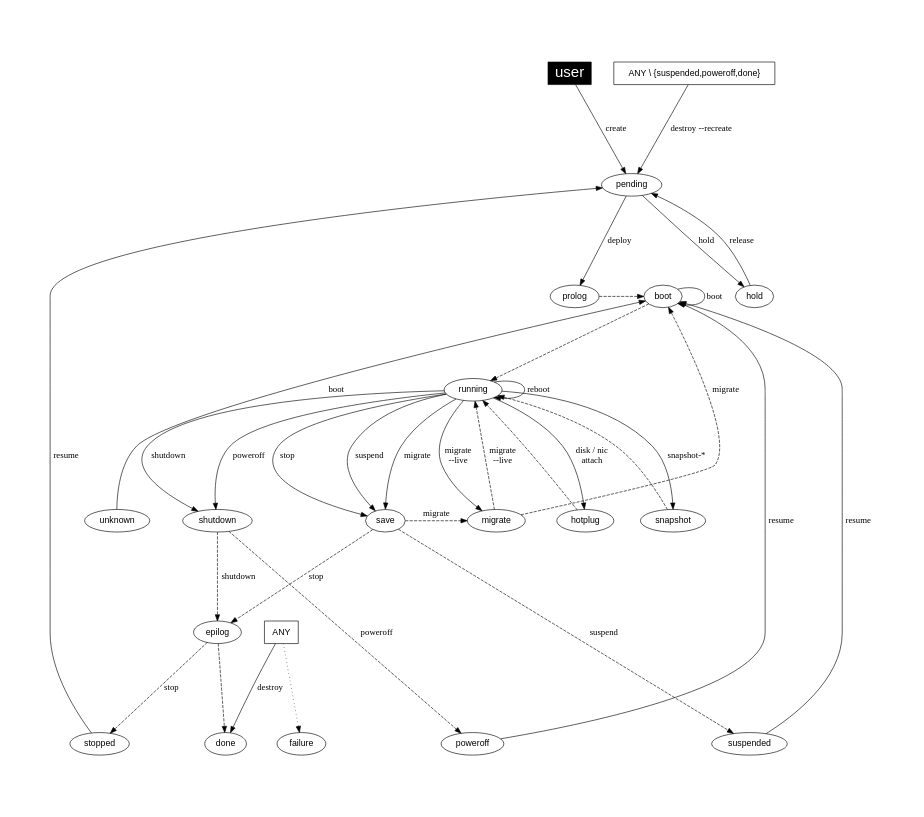
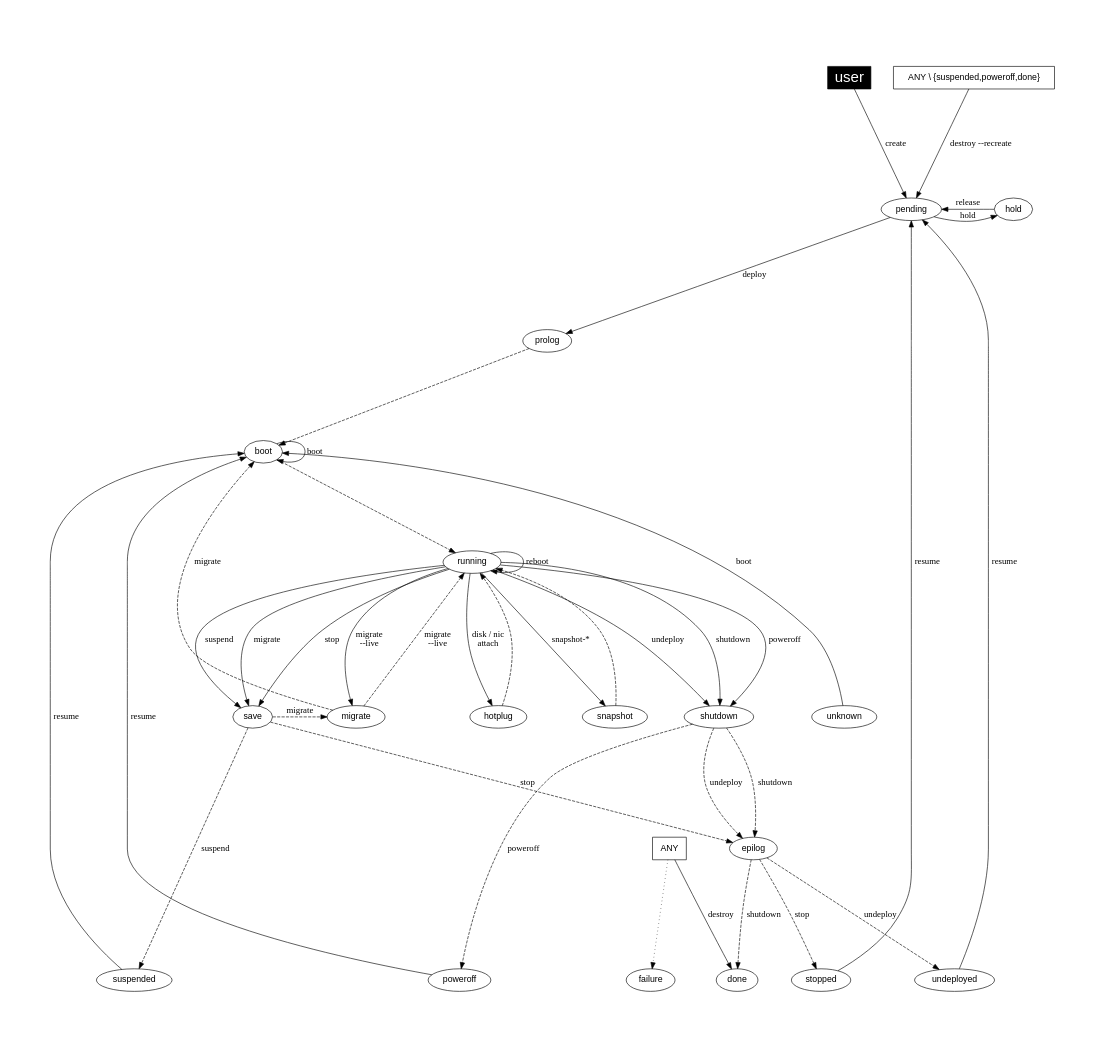
The diagram in share/doc/states/states-simple.dot (OpenNebula/one), drawn with Graphviz before and after one commit. The commit also changed 3 other files, not shown here.

Commit message:
Feature #1839: Document new state BOOT_UNDEPLOY

```diff
--- a/share/doc/states/states-simple.dot
+++ b/share/doc/states/states-simple.dot
@@ -1,98 +1,104 @@
 
 
 digraph OpenNebula {
     graph [
         nodesep= 0.5,
         ratio=1,
         pad=1,
     ];
 
     node [fontname="Helvetica"];
     edge [fontname="Menlo"];
     
     user [
         fillcolor="black",
         style="filled", shape="box",
         fontcolor="white", fontsize= "24.0"];
 
     ANY [ shape="box" ];
     "ANY \\ {suspended,poweroff,done}" [ shape="box" ];
 
     subgraph { rank = min; user}
-#    subgraph { rank = same; pending; hold; color="white"}
-    subgraph { rank = same; prolog; boot; color="white" }
+    subgraph { rank = same; pending; hold; color="white"}
+#    subgraph { rank = same; prolog; boot; color="white" }
     subgraph { rank = same; migrate; save; shutdown; unknown; hotplug; snapshot;
         color="white" }
-    subgraph { rank = max; suspended; done; failure; stopped; poweroff; color="white" }
+    subgraph { rank = max; suspended; done; failure; stopped; poweroff; undeployed; color="white" }
 
 #   create
     user -> pending [label="create"];
 
 #   deploy
     pending     -> prolog [label="deploy"];
     prolog      -> boot [style="dashed"];
     boot        -> running [style="dashed"];
 
 #   shutdown
     running     -> shutdown [label="shutdown"];
     shutdown    -> epilog [label="shutdown", style="dashed"];
-    epilog      -> done [style="dashed"];
+    epilog      -> done [label="shutdown", style="dashed"];
 
 #   poweroff
     running     -> shutdown [label="poweroff"];
     shutdown    -> poweroff [label="poweroff", style="dashed"];
 
 #   livemigrate
     running     -> migrate [label="migrate\n--live"];
     migrate     -> running [label="migrate\n--live", style="dashed"];
 
 #   migrate
     running     -> save [label="migrate"];
     save        -> migrate [label="migrate", style="dashed"];
     migrate     -> boot [label="migrate", style="dashed"];
 
 #   hold
     pending     -> hold [label="hold"];
 
 #   release
     hold        -> pending [label="release"];
 
 #   stop
     running     -> save [label="stop"];
     save        -> epilog [label="stop", style="dashed"];
     epilog      -> stopped [label="stop", style="dashed"];
 
+#   undeploy
+    running     -> shutdown [label="undeploy"];
+    shutdown    -> epilog [label="undeploy", style="dashed"];
+    epilog      -> undeployed [label="undeploy", style="dashed"];
+
 #   suspend
     running     -> save [label="suspend"];
     save        -> suspended [label="suspend", style="dashed"];
 
 #   resume
     stopped     -> pending [label="resume"];
+    undeployed  -> pending [label="resume"];
     suspended   -> boot [label="resume"];
     poweroff    -> boot [label="resume"];
 
 #   delete
     ANY         -> done [label="destroy"];
 
 #   restart
     unknown     -> boot [label="boot"];
     boot        -> boot [label="boot"];
 
 #   reboot
     running     -> running [label="reboot"];
 
 #   disk-attach nic-attach
 #    running     -> hotplug [label="disk / nic -\n attach / detach"]
     running     -> hotplug [label="disk / nic\nattach"]
     hotplug     -> running [style="dashed"];
 
 #   snapshot
     running     -> snapshot [label="snapshot-*"]
     snapshot    -> running [style="dashed"];
 
 #   resubmit
     "ANY \\ {suspended,poweroff,done}" -> pending [label="destroy --recreate"];
 
 #   failures and misc.
     ANY         -> failure [style="dotted"];
 }
```
